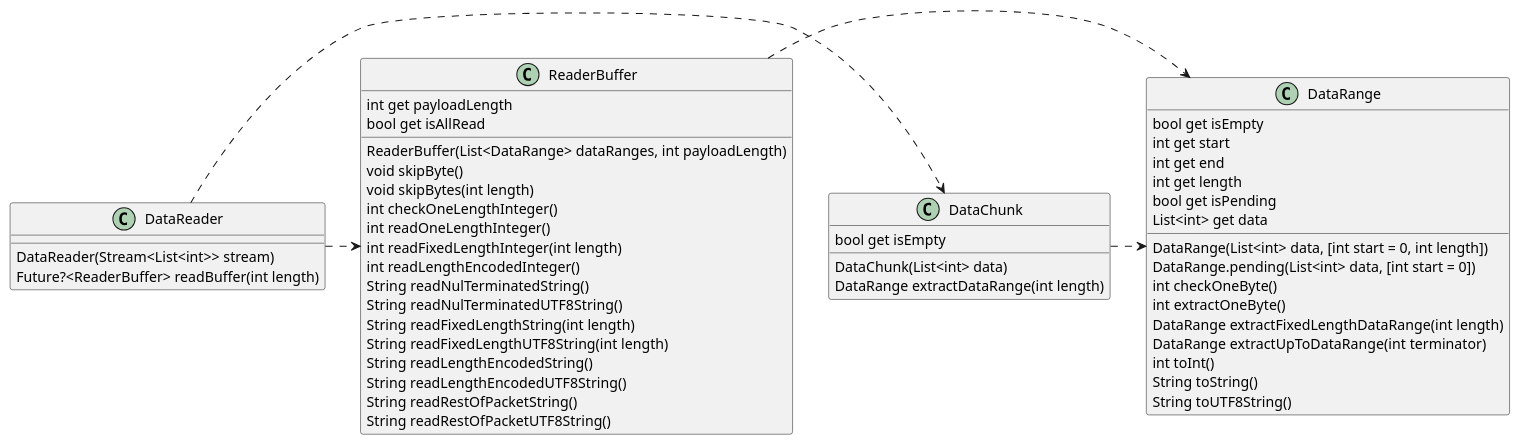
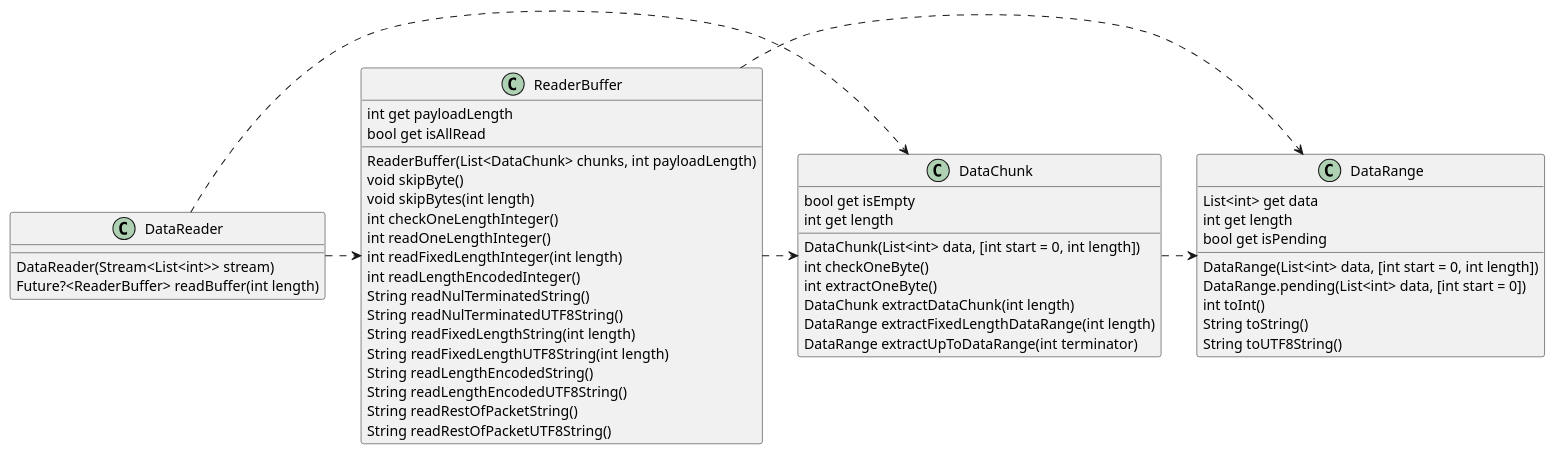
The diagram in uml/class.puml (Silentdoer/mysql5_client), drawn with PlantUML before and after one commit. The commit also changed 4 other files, not shown here.

```diff
--- a/uml/class.puml
+++ b/uml/class.puml
@@ -1,57 +1,56 @@
 @startuml
 
 class DataChunk {
     bool get isEmpty
-    DataChunk(List<int> data)
-    DataRange extractDataRange(int length)
+    int get length
+    DataChunk(List<int> data, [int start = 0, int length])
+    int checkOneByte()
+    int extractOneByte()
+    DataChunk extractDataChunk(int length)
+    DataRange extractFixedLengthDataRange(int length)
+    DataRange extractUpToDataRange(int terminator)
 }
 
 class DataRange {
-    bool get isEmpty
-    int get start
-    int get end
+    List<int> get data
     int get length
     bool get isPending
-    List<int> get data
     DataRange(List<int> data, [int start = 0, int length])
     DataRange.pending(List<int> data, [int start = 0])
-    int checkOneByte()
-    int extractOneByte()
-    DataRange extractFixedLengthDataRange(int length)
-    DataRange extractUpToDataRange(int terminator)
     int toInt()
     String toString()
     String toUTF8String()
 }
 
 class ReaderBuffer {
     int get payloadLength
     bool get isAllRead
-    ReaderBuffer(List<DataRange> dataRanges, int payloadLength)
+    ReaderBuffer(List<DataChunk> chunks, int payloadLength)
     void skipByte()
     void skipBytes(int length)
     int checkOneLengthInteger()
     int readOneLengthInteger()
     int readFixedLengthInteger(int length)
     int readLengthEncodedInteger()
     String readNulTerminatedString()
     String readNulTerminatedUTF8String()
     String readFixedLengthString(int length)
     String readFixedLengthUTF8String(int length)
     String readLengthEncodedString()
     String readLengthEncodedUTF8String()
     String readRestOfPacketString()
     String readRestOfPacketUTF8String()
 }
 
 class DataReader {
     DataReader(Stream<List<int>> stream)
     Future?<ReaderBuffer> readBuffer(int length)
 }
 
 DataChunk .> DataRange
 ReaderBuffer .> DataRange
+ReaderBuffer .> DataChunk
 DataReader .> DataChunk
 DataReader .> ReaderBuffer
 
 @enduml
```
